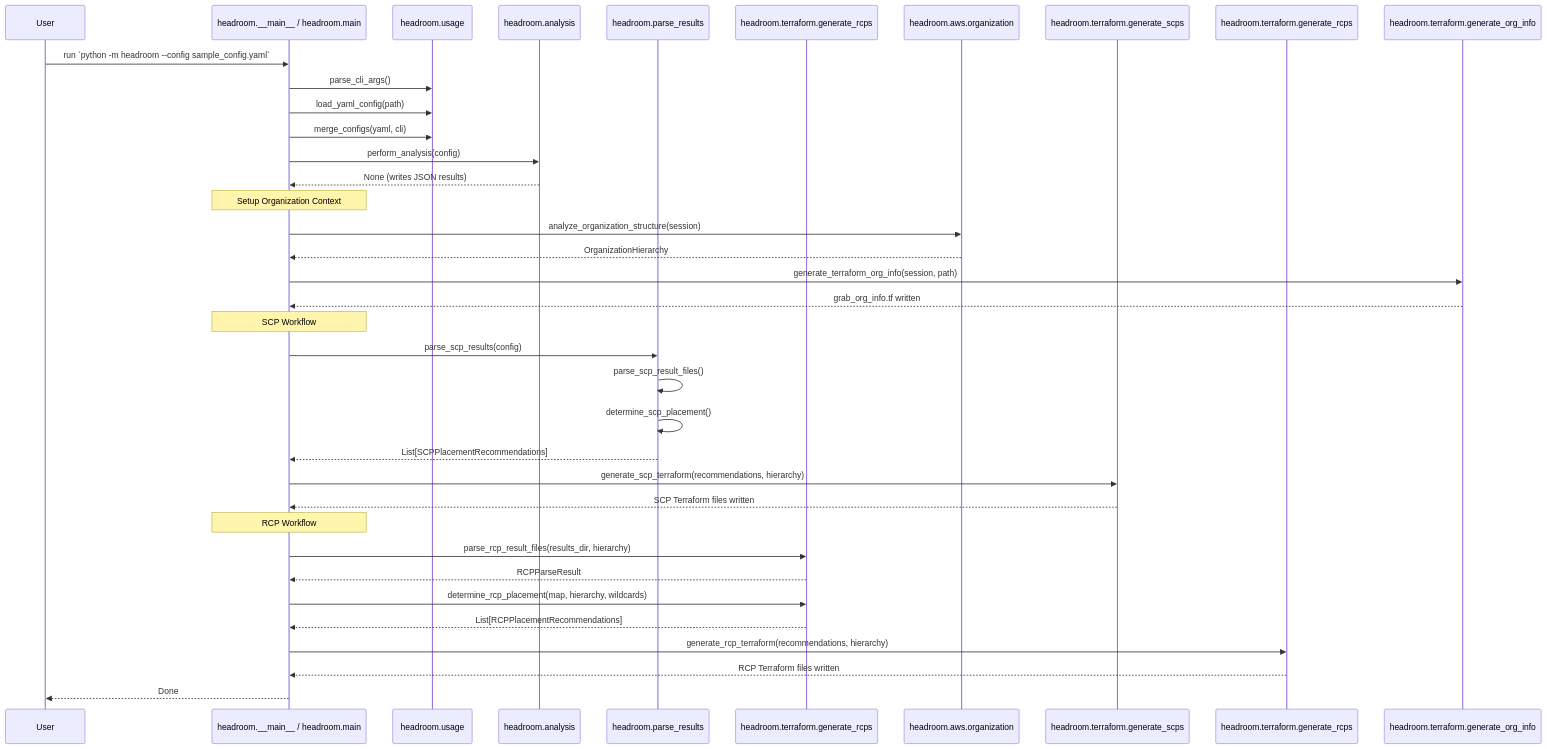
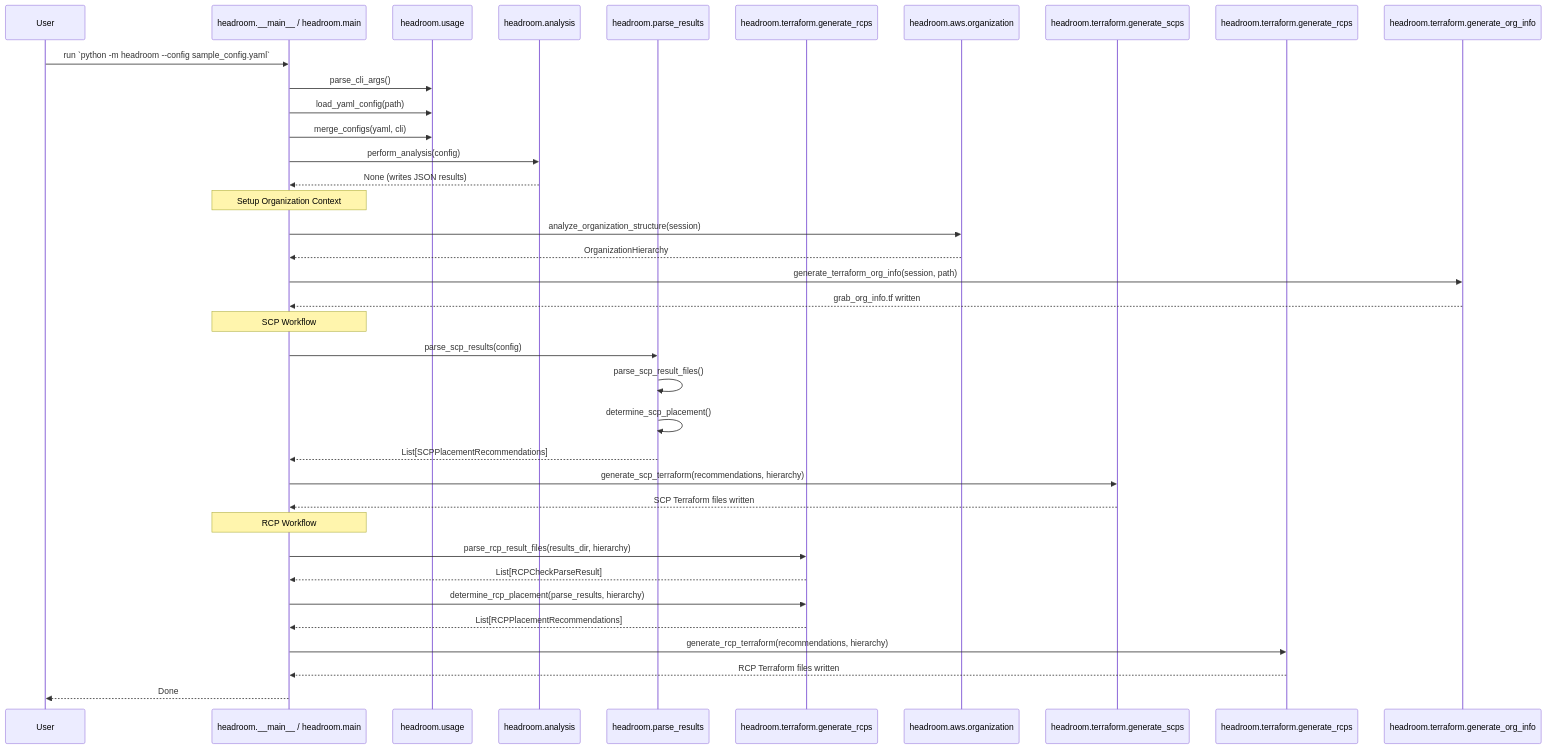
One commit to discocrayon/Headroom changed the first of 4 diagrams in documentation/mermaid_diagrams/sequences.md. Above: the diagram before and after it, drawn with Mermaid. The commit also changed other lines of this file and 12 other files, not shown here.

````diff
--- a/documentation/mermaid_diagrams/sequences.md
+++ b/documentation/mermaid_diagrams/sequences.md
@@ -4,44 +4,44 @@
 ```mermaid
 sequenceDiagram
   participant User
   participant CLI as headroom.__main__ / headroom.main
   participant Usage as headroom.usage
   participant Analysis as headroom.analysis
   participant ParseSCP as headroom.parse_results
   participant ParseRCP as headroom.terraform.generate_rcps
   participant Org as headroom.aws.organization
   participant TFSCP as headroom.terraform.generate_scps
   participant TFRCP as headroom.terraform.generate_rcps
   participant TFOrg as headroom.terraform.generate_org_info
 
   User->>CLI: run `python -m headroom --config sample_config.yaml`
   CLI->>Usage: parse_cli_args()
   CLI->>Usage: load_yaml_config(path)
   CLI->>Usage: merge_configs(yaml, cli)
   CLI->>Analysis: perform_analysis(config)
   Analysis-->>CLI: None (writes JSON results)
 
   Note over CLI: Setup Organization Context
   CLI->>Org: analyze_organization_structure(session)
   Org-->>CLI: OrganizationHierarchy
   CLI->>TFOrg: generate_terraform_org_info(session, path)
   TFOrg-->>CLI: grab_org_info.tf written
 
   Note over CLI: SCP Workflow
   CLI->>ParseSCP: parse_scp_results(config)
   ParseSCP->>ParseSCP: parse_scp_result_files()
   ParseSCP->>ParseSCP: determine_scp_placement()
   ParseSCP-->>CLI: List[SCPPlacementRecommendations]
   CLI->>TFSCP: generate_scp_terraform(recommendations, hierarchy)
   TFSCP-->>CLI: SCP Terraform files written
 
   Note over CLI: RCP Workflow
   CLI->>ParseRCP: parse_rcp_result_files(results_dir, hierarchy)
-  ParseRCP-->>CLI: RCPParseResult
-  CLI->>ParseRCP: determine_rcp_placement(map, hierarchy, wildcards)
+  ParseRCP-->>CLI: List[RCPCheckParseResult]
+  CLI->>ParseRCP: determine_rcp_placement(parse_results, hierarchy)
   ParseRCP-->>CLI: List[RCPPlacementRecommendations]
   CLI->>TFRCP: generate_rcp_terraform(recommendations, hierarchy)
   TFRCP-->>CLI: RCP Terraform files written
 
   CLI-->>User: Done
 ```
````
